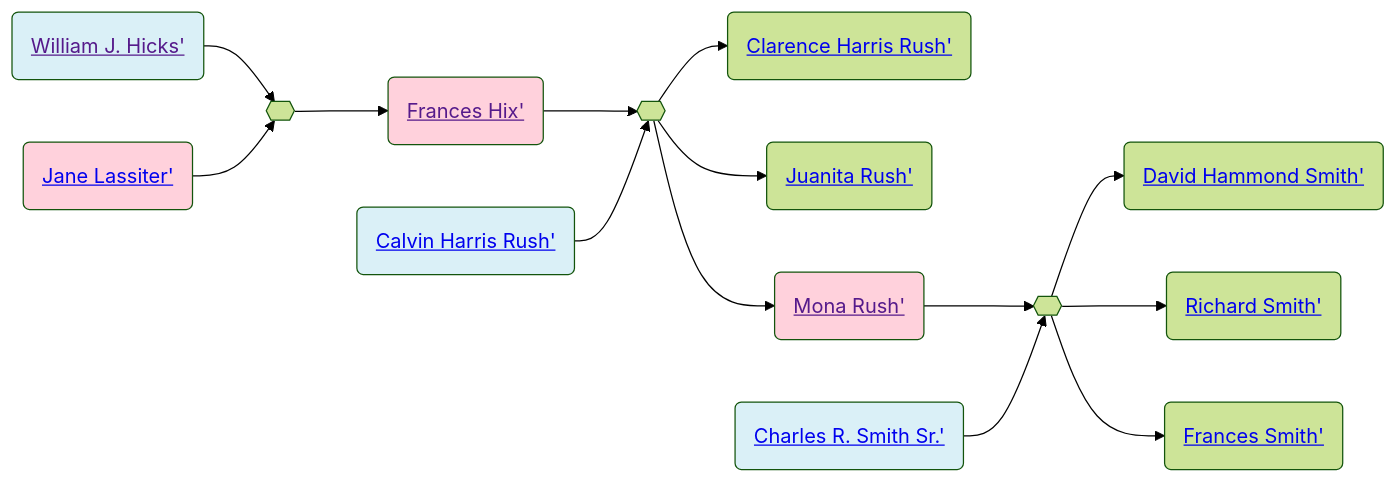
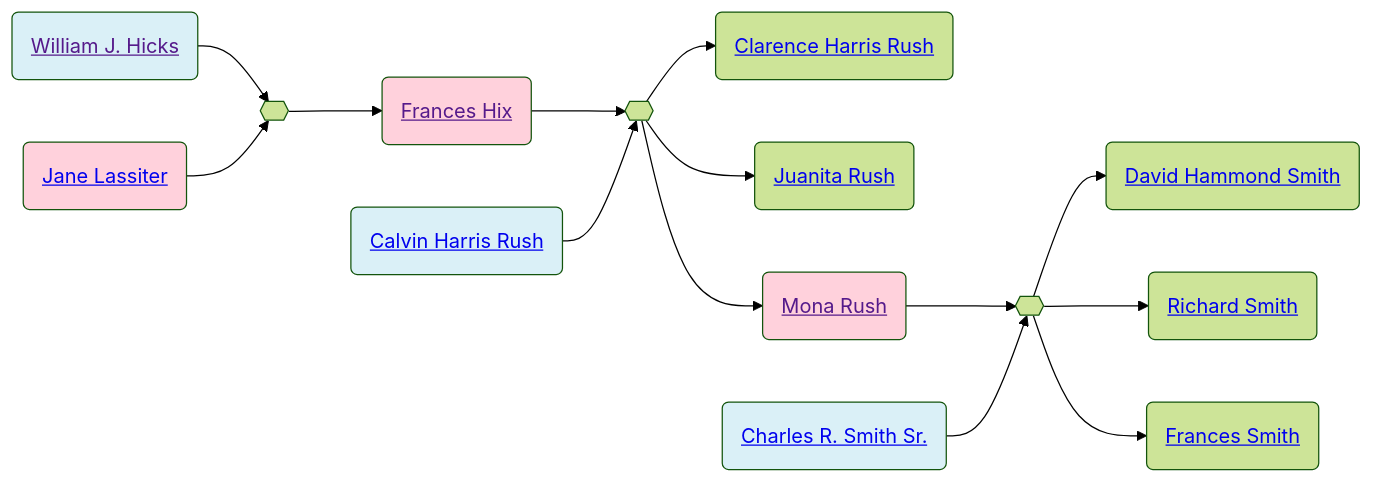
The diagram in familyhistory/sources/people/Randolph_county_lines/Hicks/William_J._Hicks.qmd (neelsmith/avocational), drawn with Mermaid (forest theme) before and after one commit. The commit also changed 96 other files, not shown here.

````diff
--- a/familyhistory/sources/people/Randolph_county_lines/Hicks/William_J._Hicks.qmd
+++ b/familyhistory/sources/people/Randolph_county_lines/Hicks/William_J._Hicks.qmd
@@ -26,38 +26,38 @@
 ```{mermaid}
 graph LR
 %% LR descendant diagram
 class William_J._Hicks_and_Jane_Lassiter marriage
-William_J._Hicks(<a href=''>William J. Hicks'</>) --> William_J._Hicks_and_Jane_Lassiter{{ }}
-Jane_Lassiter(<a href='./../Lassiter/Jane_Lassiter.html'>Jane Lassiter'</>) --> William_J._Hicks_and_Jane_Lassiter{{ }}
+William_J._Hicks(<a href=''>William J. Hicks</a>) --> William_J._Hicks_and_Jane_Lassiter{{ }}
+Jane_Lassiter(<a href='./../Lassiter/Jane_Lassiter.html'>Jane Lassiter</a>) --> William_J._Hicks_and_Jane_Lassiter{{ }}
 class William_J._Hicks father
 class Jane_Lassiter mother
-William_J._Hicks_and_Jane_Lassiter{{ }} --> Frances_Hix(<a href='./Frances_Hix.html'>Frances Hix'</>)
+William_J._Hicks_and_Jane_Lassiter{{ }} --> Frances_Hix(<a href='./Frances_Hix.html'>Frances Hix</a>)
 class Frances_Hix_and_Calvin_Harris_Rush marriage
-Frances_Hix(<a href=''>Frances Hix'</>) --> Frances_Hix_and_Calvin_Harris_Rush{{ }}
-Calvin_Harris_Rush(<a href='./../../Rush-line/Calvin_Harris_Rush.html'>Calvin Harris Rush'</>) --> Frances_Hix_and_Calvin_Harris_Rush{{ }}
+Frances_Hix(<a href=''>Frances Hix</a>) --> Frances_Hix_and_Calvin_Harris_Rush{{ }}
+Calvin_Harris_Rush(<a href='./../../Rush-line/Calvin_Harris_Rush.html'>Calvin Harris Rush</a>) --> Frances_Hix_and_Calvin_Harris_Rush{{ }}
 class Calvin_Harris_Rush father
 class Frances_Hix mother
-Frances_Hix_and_Calvin_Harris_Rush{{ }} --> Clarence_Harris_Rush(<a href='./../../Rush-line/Clarence_Harris_Rush.html'>Clarence Harris Rush'</>)
+Frances_Hix_and_Calvin_Harris_Rush{{ }} --> Clarence_Harris_Rush(<a href='./../../Rush-line/Clarence_Harris_Rush.html'>Clarence Harris Rush</a>)
 class Calvin_Harris_Rush father
 class Frances_Hix mother
-Frances_Hix_and_Calvin_Harris_Rush{{ }} --> Juanita_Rush(<a href='./../../Rush-line/Juanita_Rush.html'>Juanita Rush'</>)
+Frances_Hix_and_Calvin_Harris_Rush{{ }} --> Juanita_Rush(<a href='./../../Rush-line/Juanita_Rush.html'>Juanita Rush</a>)
 class Calvin_Harris_Rush father
 class Frances_Hix mother
-Frances_Hix_and_Calvin_Harris_Rush{{ }} --> Mona_Rush(<a href='./../../Rush-line/Mona_Rush.html'>Mona Rush'</>)
+Frances_Hix_and_Calvin_Harris_Rush{{ }} --> Mona_Rush(<a href='./../../Rush-line/Mona_Rush.html'>Mona Rush</a>)
 class Mona_Rush_and_Charles_R._Smith_Sr. marriage
-Mona_Rush(<a href=''>Mona Rush'</>) --> Mona_Rush_and_Charles_R._Smith_Sr.{{ }}
-Charles_R._Smith_Sr.(<a href='./../Smith-line/Charles_R._Smith_Sr..html'>Charles R. Smith Sr.'</>) --> Mona_Rush_and_Charles_R._Smith_Sr.{{ }}
+Mona_Rush(<a href=''>Mona Rush</a>) --> Mona_Rush_and_Charles_R._Smith_Sr.{{ }}
+Charles_R._Smith_Sr.(<a href='./../Smith-line/Charles_R._Smith_Sr..html'>Charles R. Smith Sr.</a>) --> Mona_Rush_and_Charles_R._Smith_Sr.{{ }}
 class Charles_R._Smith_Sr. father
 class Mona_Rush mother
-Mona_Rush_and_Charles_R._Smith_Sr.{{ }} --> David_Hammond_Smith(<a href='./../Smith-line/David_Hammond_Smith.html'>David Hammond Smith'</>)
+Mona_Rush_and_Charles_R._Smith_Sr.{{ }} --> David_Hammond_Smith(<a href='./../Smith-line/David_Hammond_Smith.html'>David Hammond Smith</a>)
 class Charles_R._Smith_Sr. father
 class Mona_Rush mother
-Mona_Rush_and_Charles_R._Smith_Sr.{{ }} --> Richard_Smith(<a href='./../Smith-line/Richard_Smith.html'>Richard Smith'</>)
+Mona_Rush_and_Charles_R._Smith_Sr.{{ }} --> Richard_Smith(<a href='./../Smith-line/Richard_Smith.html'>Richard Smith</a>)
 class Charles_R._Smith_Sr. father
 class Mona_Rush mother
-Mona_Rush_and_Charles_R._Smith_Sr.{{ }} --> Frances_Smith(<a href='./../Smith-line/Frances_Smith.html'>Frances Smith'</>)
+Mona_Rush_and_Charles_R._Smith_Sr.{{ }} --> Frances_Smith(<a href='./../Smith-line/Frances_Smith.html'>Frances Smith</a>)
 classDef mother fill:#ffd1dc
 classDef father fill:#daf0f7  
 classDef marriage fill:#ffffff
 
 ```
````
